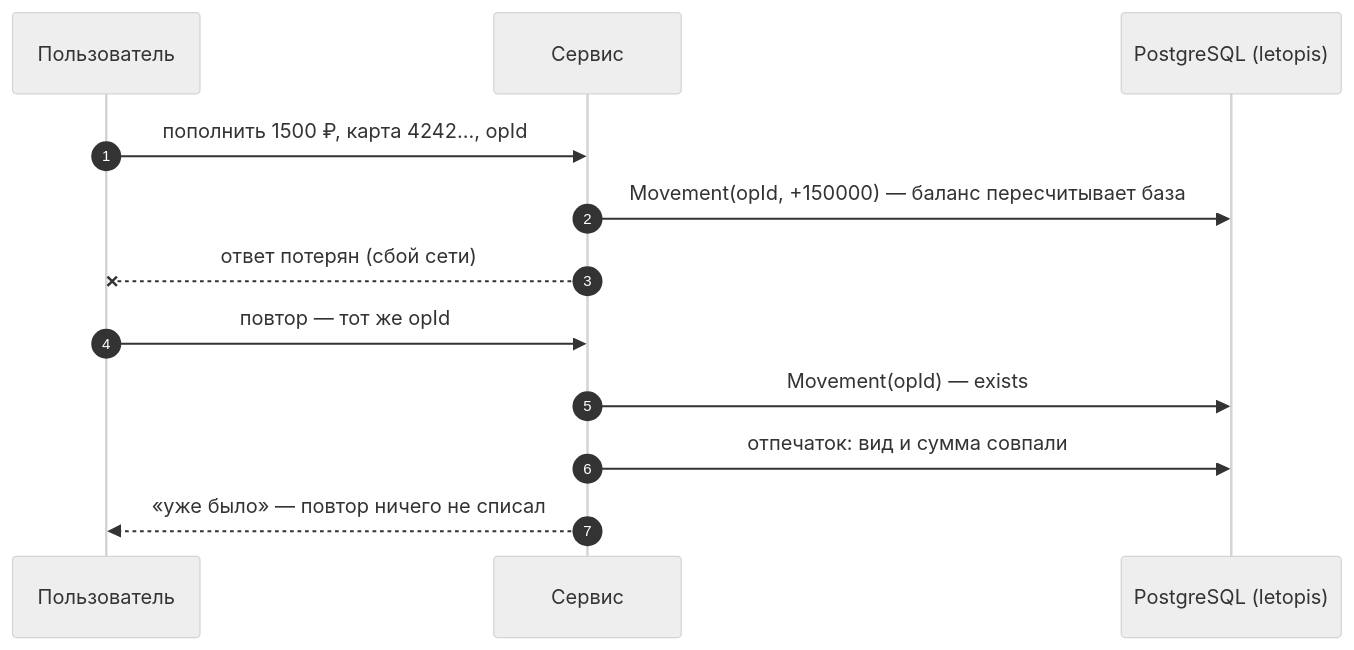
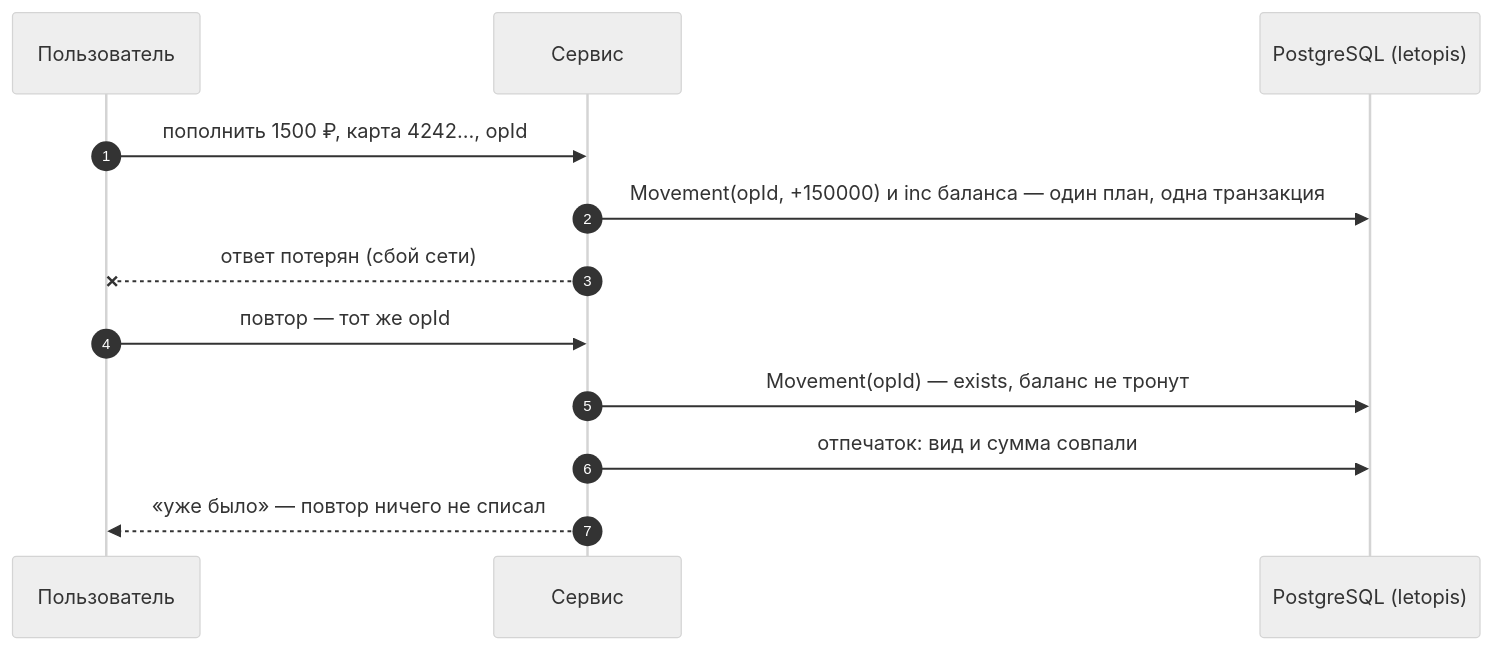
The second of 3 diagrams in guide/pages/services/wallet.md (alepri51/letopis), drawn with Mermaid (neutral theme) before and after one commit. The commit also changed other lines of this file and 25 other files, not shown here.

````diff
--- a/guide/pages/services/wallet.md
+++ b/guide/pages/services/wallet.md
@@ -58,14 +50,14 @@
 ```mermaid
 sequenceDiagram
   autonumber
   participant U as Пользователь
   participant S as Сервис
   participant DB as PostgreSQL (letopis)
   U->>S: пополнить 1500 ₽, карта 4242…, opId
-  S->>DB: Movement(opId, +150000) — баланс пересчитывает база
+  S->>DB: Movement(opId, +150000) и inc баланса — один план, одна транзакция
   S--xU: ответ потерян (сбой сети)
   U->>S: повтор — тот же opId
-  S->>DB: Movement(opId) — exists
+  S->>DB: Movement(opId) — exists, баланс не тронут
   S->>DB: отпечаток: вид и сумма совпали
   S-->>U: «уже было» — повтор ничего не списал
 ```
````
